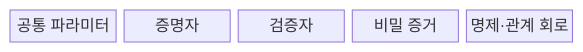
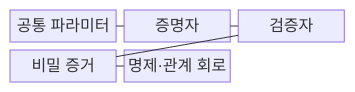
One commit to agnusdei1207/knowledge-base changed the first of 2 diagrams in src/content/docs/notes/05-security/016_zero_knowledge_proof.md. Above: the diagram before and after it, drawn with Mermaid. The commit also changed other lines of this file and 151 other files, not shown here.

````diff
--- a/src/content/docs/notes/05-security/016_zero_knowledge_proof.md
+++ b/src/content/docs/notes/05-security/016_zero_knowledge_proof.md
@@ -63,9 +62,13 @@
 ```mermaid
 block-beta
-    columns 5
+    columns 3
     P["공통 파라미터"]
     A["증명자"]
     V["검증자"]
     W["비밀 증거"]
     R["명제·관계 회로"]
+    P --- A
+    A --- V
+    V --- W
+    W --- R
 ```
````
